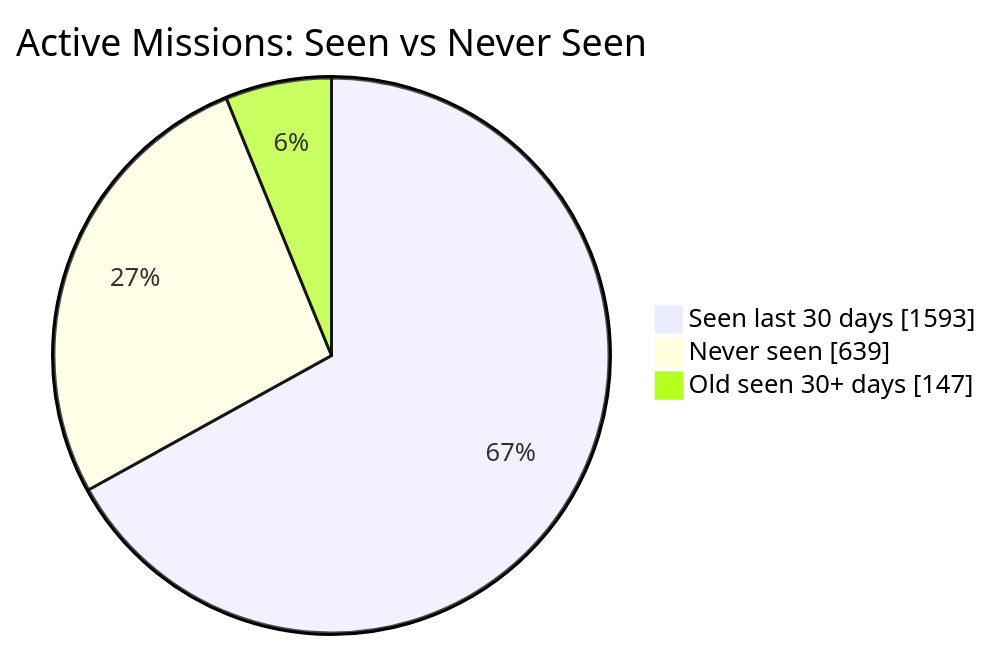
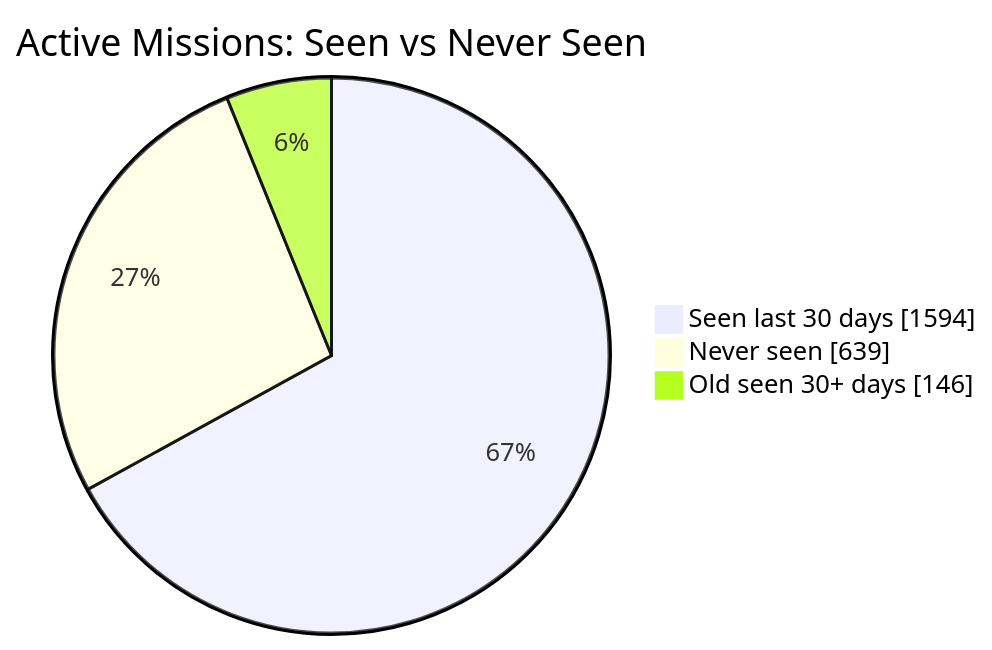
The first of 2 diagrams in README.md (MeldkamerspelGameTeam/active-missions), drawn with Mermaid before and after one commit. The commit also changed other lines of this file and 2 other files, not shown here.

````diff
--- a/README.md
+++ b/README.md
@@ -34,7 +34,7 @@
 ```mermaid
 pie showData
     title Active Missions: Seen vs Never Seen
-    "Seen last 30 days" : 1593
+    "Seen last 30 days" : 1594
     "Never seen" : 639
-    "Old seen 30+ days" : 147
+    "Old seen 30+ days" : 146
 ```
````
